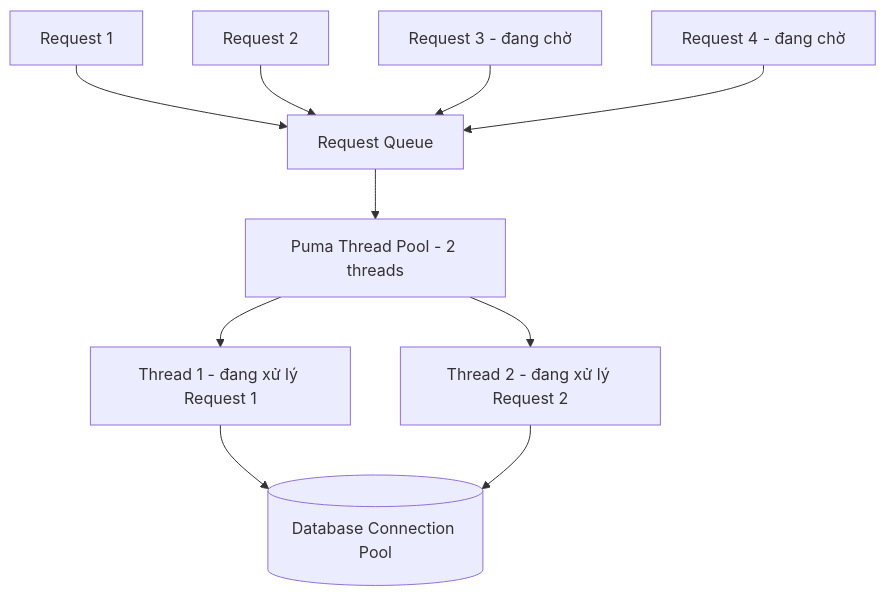
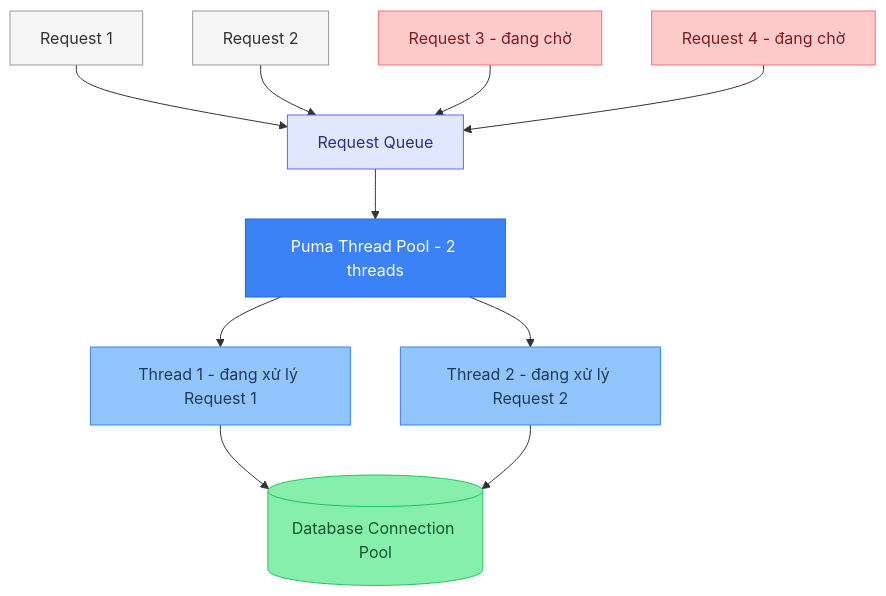
The second of 5 diagrams in src/content/blog/rails-concurrency-p2.md (hswolf/hswolf.github.io), drawn with Mermaid before and after one commit. The commit also changed other lines of this file, not shown here.

Commit message:
style: Add colors for diagrams for blogs/rails-concurrency-2

````diff
--- a/src/content/blog/rails-concurrency-p2.md
+++ b/src/content/blog/rails-concurrency-p2.md
@@ -84,15 +97,25 @@
 ```mermaid
 flowchart TD
     R1[Request 1] --> Q[Request Queue]
     R2[Request 2] --> Q
     R3[Request 3 - đang chờ] --> Q
     R4[Request 4 - đang chờ] --> Q
 
     Q --> P[Puma Thread Pool - 2 threads]
 
     P --> T1[Thread 1 - đang xử lý Request 1]
     P --> T2[Thread 2 - đang xử lý Request 2]
 
     T1 --> DB[(Database Connection Pool)]
     T2 --> DB
+
+    style R1 fill:#f5f5f5,stroke:#999,color:#333
+    style R2 fill:#f5f5f5,stroke:#999,color:#333
+    style R3 fill:#fecaca,stroke:#f87171,color:#7f1d1d
+    style R4 fill:#fecaca,stroke:#f87171,color:#7f1d1d
+    style Q fill:#e0e7ff,stroke:#6366f1,color:#312e81
+    style P fill:#3b82f6,stroke:#2563eb,color:#fff
+    style T1 fill:#93c5fd,stroke:#3b82f6,color:#1e3a5f
+    style T2 fill:#93c5fd,stroke:#3b82f6,color:#1e3a5f
+    style DB fill:#86efac,stroke:#22c55e,color:#14532d
 ```
````
